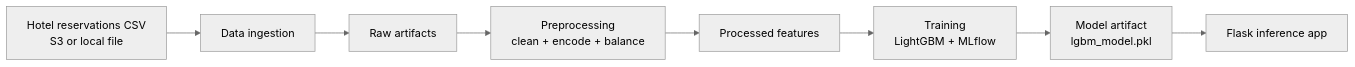
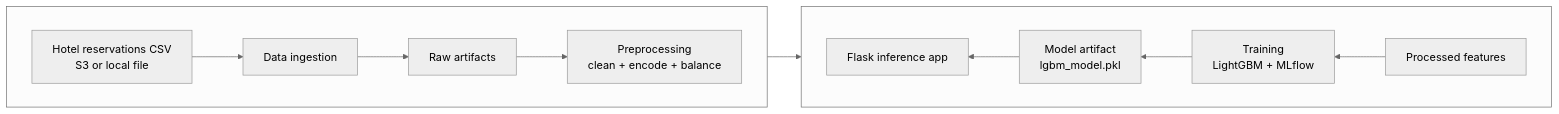
One commit to Ch3rry-Pi3-AI/MLOps-Hotel-Reservation-Prediction changed the first of 2 diagrams in README.md. Above: the diagram before and after it, drawn with Mermaid (neutral theme).

````diff
--- a/README.md
+++ b/README.md
@@ -18,10 +18,18 @@
 ```mermaid
 flowchart LR
+  subgraph Row1[ ]
+    direction LR
     A[Hotel reservations CSV\nS3 or local file] --> B[Data ingestion]
     B --> C[Raw artifacts]
     C --> D[Preprocessing\nclean + encode + balance]
+  end
+
+  subgraph Row2[ ]
+    direction RL
     D --> E[Processed features]
     E --> F[Training\nLightGBM + MLflow]
     F --> G[Model artifact\nlgbm_model.pkl]
     G --> H[Flask inference app]
+  end
+
 ```
````
